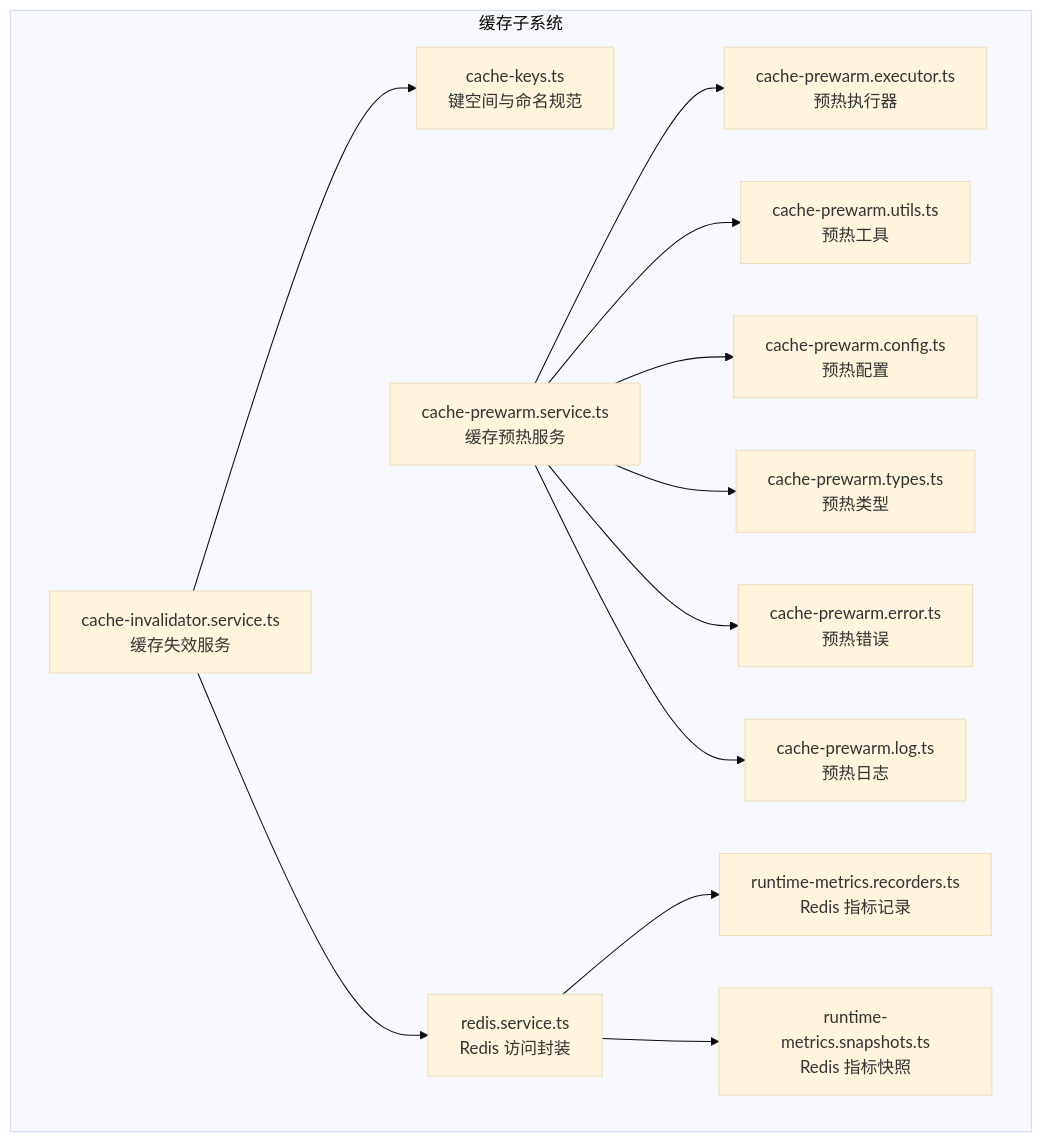
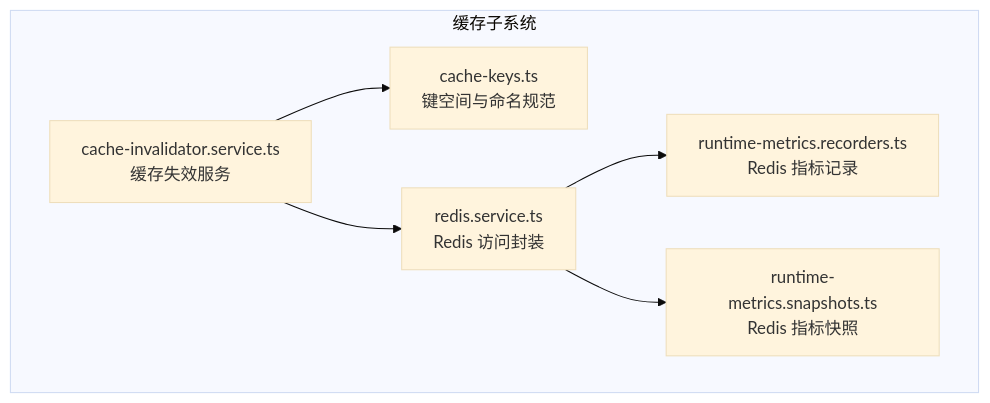
Before and after one commit to rc558620/purelyprofit-server: the first of 5 diagrams in .qoder/repowiki/zh/content/缓存系统/缓存失效管理.md, drawn with Mermaid (base theme). The commit also changed other lines of this file and 65 other files, not shown here.

````diff
--- a/.qoder/repowiki/zh/content/缓存系统/缓存失效管理.md
+++ b/.qoder/repowiki/zh/content/缓存系统/缓存失效管理.md
@@ -45,27 +53,14 @@
 ```mermaid
 graph TB
 subgraph "缓存子系统"
 CK["cache-keys.ts<br/>键空间与命名规范"]
 CI["cache-invalidator.service.ts<br/>缓存失效服务"]
 RS["redis.service.ts<br/>Redis 访问封装"]
 RM["runtime-metrics.recorders.ts<br/>Redis 指标记录"]
 RSN["runtime-metrics.snapshots.ts<br/>Redis 指标快照"]
-CP["cache-prewarm.service.ts<br/>缓存预热服务"]
-CPE["cache-prewarm.executor.ts<br/>预热执行器"]
-CPU["cache-prewarm.utils.ts<br/>预热工具"]
-CPC["cache-prewarm.config.ts<br/>预热配置"]
-CPT["cache-prewarm.types.ts<br/>预热类型"]
-CPEr["cache-prewarm.error.ts<br/>预热错误"]
-CPL["cache-prewarm.log.ts<br/>预热日志"]
 end
 CI --> CK
 CI --> RS
-CP --> CPE
-CP --> CPU
-CP --> CPC
-CP --> CPT
-CP --> CPEr
-CP --> CPL
 RS --> RM
 RS --> RSN
 ```
````
